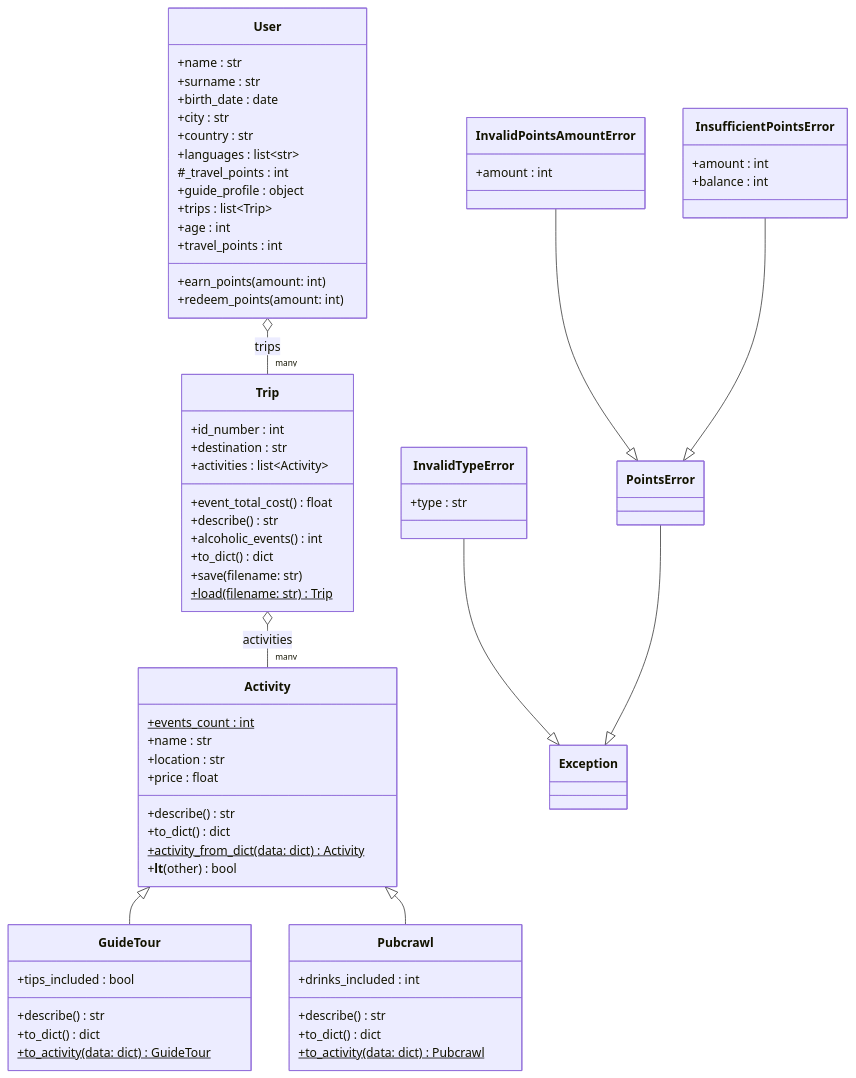
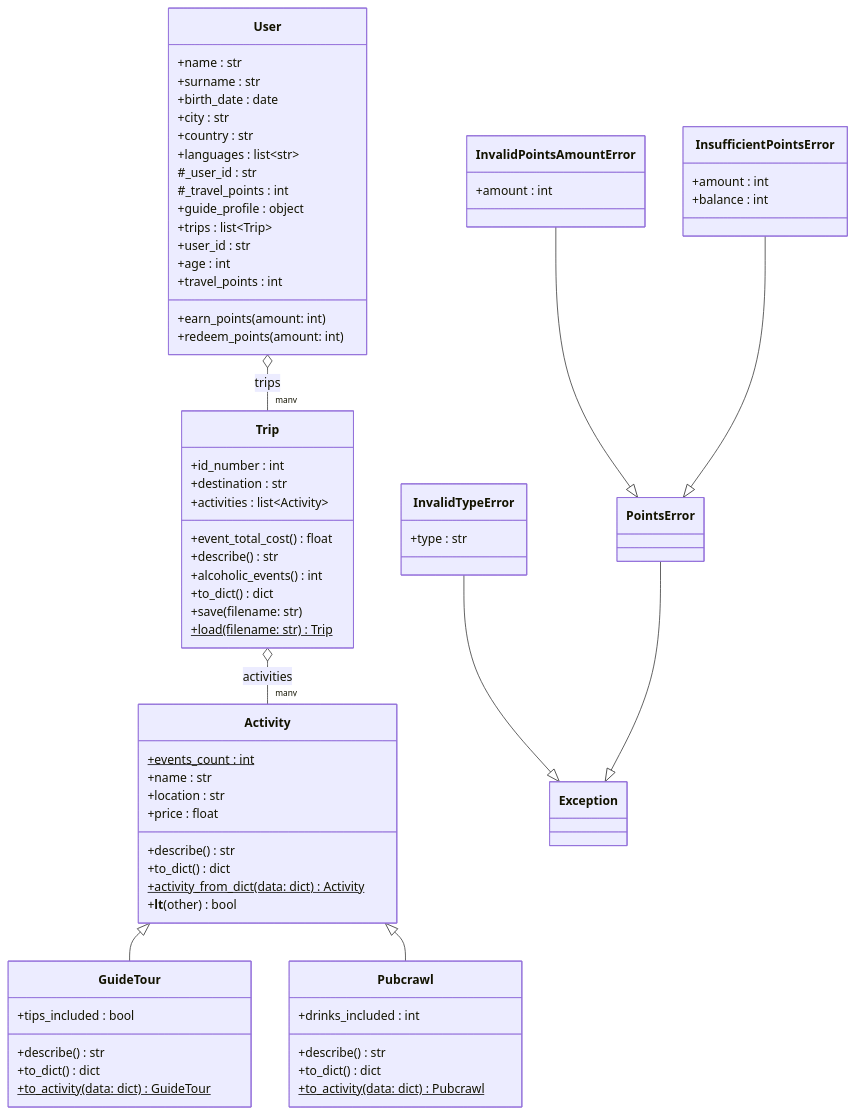
The diagram in docs/class_diagram.md (hibridus92-star/Travel-Go), drawn with Mermaid before and after one commit. The commit also changed 1 other file, not shown here.

Commit message:
Add generated user_id to User

````diff
--- a/docs/class_diagram.md
+++ b/docs/class_diagram.md
@@ -5,79 +5,81 @@
 ```mermaid
 classDiagram
     class Activity {
         +events_count : int$
         +name : str
         +location : str
         +price : float
         +describe() str
         +to_dict() dict
         +activity_from_dict(data: dict)$ Activity
         +__lt__(other) bool
     }
 
     class GuideTour {
         +tips_included : bool
         +describe() str
         +to_dict() dict
         +to_activity(data: dict)$ GuideTour
     }
 
     class Pubcrawl {
         +drinks_included : int
         +describe() str
         +to_dict() dict
         +to_activity(data: dict)$ Pubcrawl
     }
 
     class Trip {
         +id_number : int
         +destination : str
         +activities : list~Activity~
         +event_total_cost() float
         +describe() str
         +alcoholic_events() int
         +to_dict() dict
         +save(filename: str)
         +load(filename: str)$ Trip
     }
 
     class User {
         +name : str
         +surname : str
         +birth_date : date
         +city : str
         +country : str
         +languages : list~str~
+        #_user_id : str
         #_travel_points : int
         +guide_profile : object
         +trips : list~Trip~
+        +user_id : str
         +age : int
         +travel_points : int
         +earn_points(amount: int)
         +redeem_points(amount: int)
     }
 
     class InvalidTypeError {
         +type : str
     }
 
     class PointsError
 
     class InvalidPointsAmountError {
         +amount : int
     }
 
     class InsufficientPointsError {
         +amount : int
         +balance : int
     }
 
     Activity <|-- GuideTour
     Activity <|-- Pubcrawl
     Trip o-- "many" Activity : activities
     User o-- "many" Trip : trips
     InvalidTypeError --|> Exception
     PointsError --|> Exception
     InvalidPointsAmountError --|> PointsError
     InsufficientPointsError --|> PointsError
 ```
````
